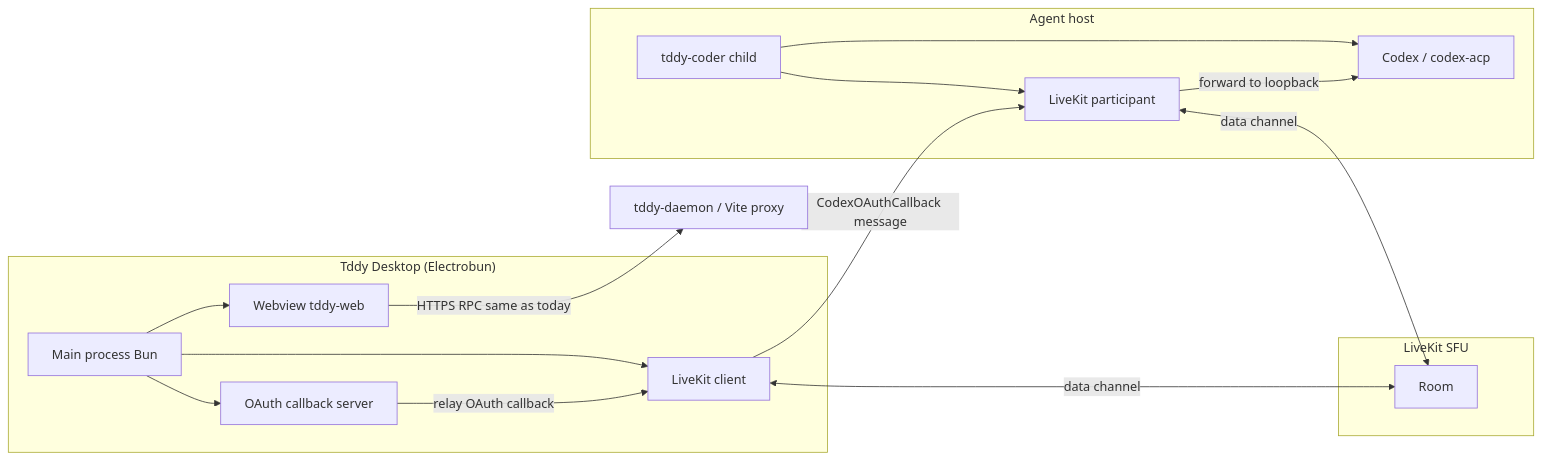
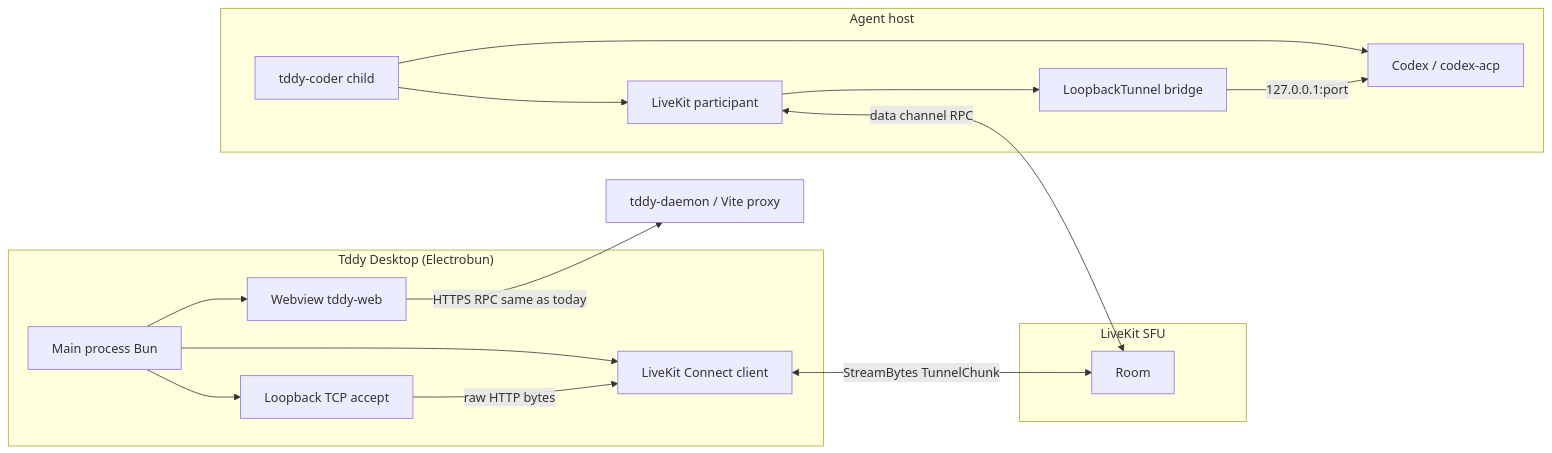
One commit to uppin/tddy-coder changed the diagram in docs/ft/desktop/tddy-desktop-electrobun.md. Above: the diagram before and after it, drawn with Mermaid. The commit also changed other lines of this file and 19 other files, not shown here.

````diff
--- a/docs/ft/desktop/tddy-desktop-electrobun.md
+++ b/docs/ft/desktop/tddy-desktop-electrobun.md
@@ -38,28 +39,29 @@
 ```mermaid
 flowchart LR
   subgraph desktop["Tddy Desktop (Electrobun)"]
     MP[Main process Bun]
     WV[Webview tddy-web]
-    CB[OAuth callback server]
-    LK_C[LiveKit client]
+    TCP[Loopback TCP accept]
+    LK_C[LiveKit Connect client]
     MP --> WV
-    MP --> CB
+    MP --> TCP
     MP --> LK_C
   end
   subgraph cloud["LiveKit SFU"]
     ROOM[Room]
   end
   subgraph agent["Agent host"]
     TC[tddy-coder child]
     CX[Codex / codex-acp]
     LK_S[LiveKit participant]
+    BR[LoopbackTunnel bridge]
     TC --> CX
     TC --> LK_S
+    LK_S --> BR
+    BR -->|127.0.0.1:port| CX
   end
   WV -->|HTTPS RPC same as today| DMN[tddy-daemon / Vite proxy]
-  LK_S <-->|data channel| ROOM
-  LK_C <-->|data channel| ROOM
-  CB -->|relay OAuth callback| LK_C
-  LK_C -->|CodexOAuthCallback message| LK_S
-  LK_S -->|forward to loopback| CX
+  LK_S <-->|data channel RPC| ROOM
+  LK_C <-->|StreamBytes TunnelChunk| ROOM
+  TCP -->|raw HTTP bytes| LK_C
 ```
````
